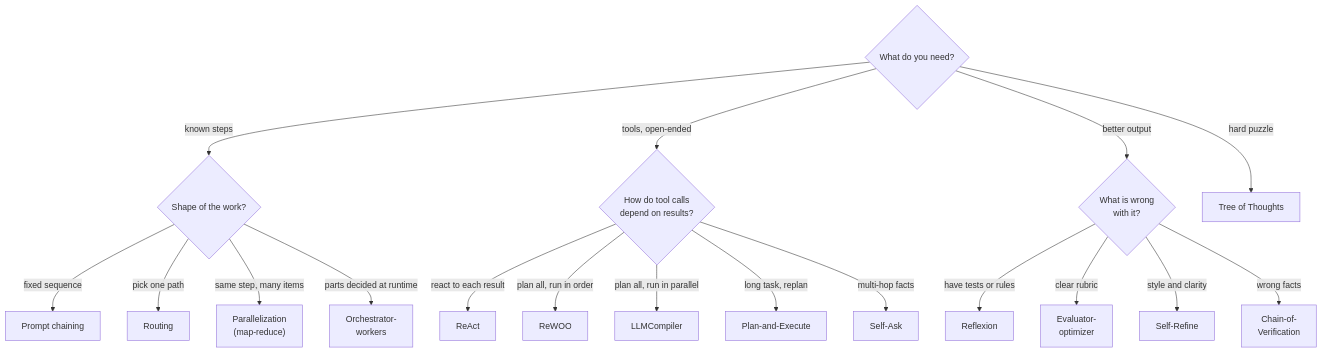
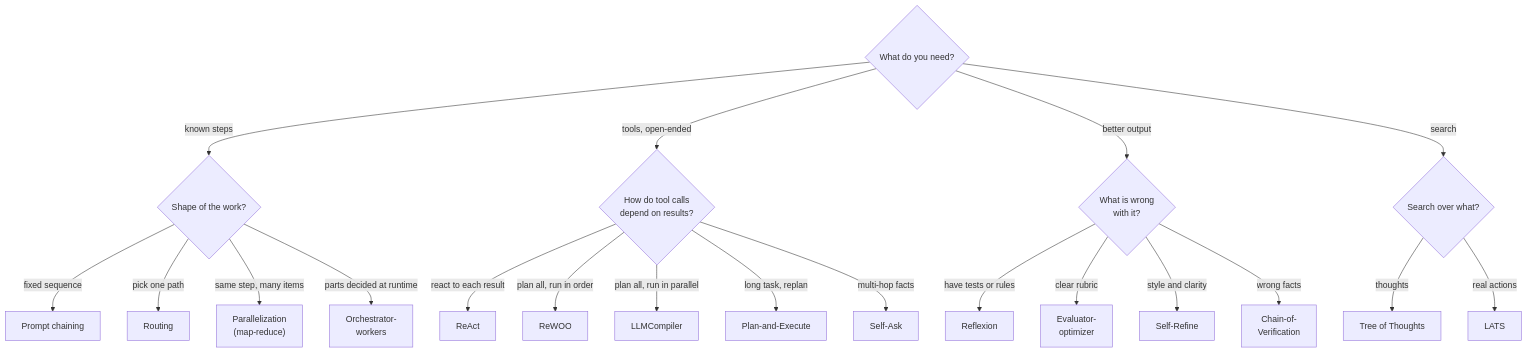
The diagram in README.md (idanbe/AI-Agent-Design-Patterns), drawn with Mermaid before and after one commit. The commit also changed other lines of this file and 6 other files, not shown here.

First line of the commit message:
feat(p15): add LATS (Language Agent Tree Search) pattern

````diff
--- a/README.md
+++ b/README.md
@@ -57,24 +58,26 @@
 ```mermaid
 flowchart TD
     S{"What do you need?"}
     S -->|known steps| W{"Shape of the work?"}
     S -->|tools, open-ended| T{"How do tool calls<br/>depend on results?"}
     S -->|better output| Q{"What is wrong<br/>with it?"}
-    S -->|hard puzzle| TOT["Tree of Thoughts"]
+    S -->|search| X{"Search over what?"}
+    X -->|thoughts| TOT["Tree of Thoughts"]
+    X -->|real actions| LATS["LATS"]
 
     W -->|fixed sequence| PC["Prompt chaining"]
     W -->|pick one path| RT["Routing"]
     W -->|same step, many items| MR["Parallelization<br/>(map-reduce)"]
     W -->|parts decided at runtime| OW["Orchestrator-<br/>workers"]
 
     T -->|react to each result| RA["ReAct"]
     T -->|plan all, run in order| RW["ReWOO"]
     T -->|plan all, run in parallel| LC["LLMCompiler"]
     T -->|long task, replan| PE["Plan-and-Execute"]
     T -->|multi-hop facts| SA["Self-Ask"]
 
     Q -->|have tests or rules| RX["Reflexion"]
     Q -->|clear rubric| EO["Evaluator-<br/>optimizer"]
     Q -->|style and clarity| SR["Self-Refine"]
     Q -->|wrong facts| CV["Chain-of-<br/>Verification"]
 ```
````
